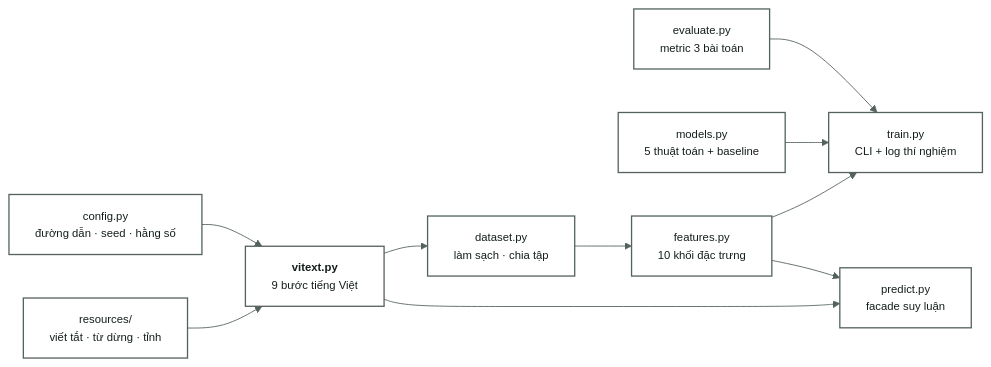
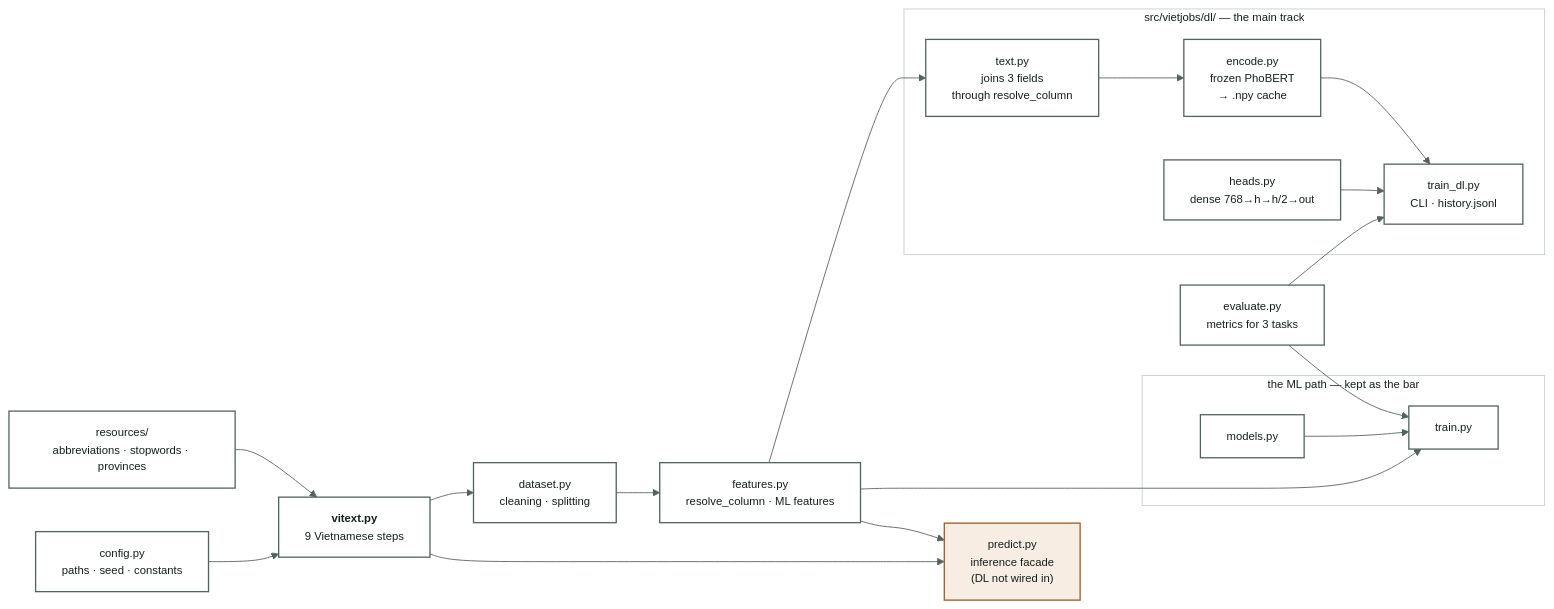
Before and after one commit to boy2407/vietjobs: the diagram in docs/08-ma-nguon.md, drawn with Mermaid. The commit also changed other lines of this file and 85 other files, not shown here.

````diff
--- a/docs/08-ma-nguon.md
+++ b/docs/08-ma-nguon.md
@@ -9,27 +11,42 @@
 ```mermaid
 %%{init:{'theme':'base','themeVariables':{
   'primaryColor':'#EFF3F1','primaryTextColor':'#141F1D','primaryBorderColor':'#54625E',
   'lineColor':'#54625E','fontSize':'13px','fontFamily':'Be Vietnam Pro, Segoe UI, sans-serif',
   'clusterBkg':'#FFFFFF','clusterBorder':'#C3CFCB','edgeLabelBackground':'#FFFFFF',
   'secondaryColor':'#FFFFFF','tertiaryColor':'#FFFFFF','mainBkg':'#FFFFFF',
   'nodeTextColor':'#141F1D','titleColor':'#141F1D'}}}%%
 flowchart LR
     classDef default fill:#FFFFFF,stroke:#54625E,stroke-width:1.5px,color:#141F1D
-    CFG["config.py<br/>đường dẫn · seed · hằng số"]
-    VT["<b>vitext.py</b><br/>9 bước tiếng Việt"]
-    DS["dataset.py<br/>làm sạch · chia tập"]
-    FT["features.py<br/>10 khối đặc trưng"]
-    MD["models.py<br/>5 thuật toán + baseline"]
-    EV["evaluate.py<br/>metric 3 bài toán"]
-    TR["train.py<br/>CLI + log thí nghiệm"]
-    PR["predict.py<br/>facade suy luận"]
-    RES["resources/<br/>viết tắt · từ dừng · tỉnh"]
+    CFG["config.py<br/>paths · seed · constants"]
+    VT["<b>vitext.py</b><br/>9 Vietnamese steps"]
+    DS["dataset.py<br/>cleaning · splitting"]
+    FT["features.py<br/>resolve_column · ML features"]
+    EV["evaluate.py<br/>metrics for 3 tasks"]
+    RES["resources/<br/>abbreviations · stopwords · provinces"]
+    subgraph DL["src/vietjobs/dl/ — the main track"]
+      TX["text.py<br/>joins 3 fields<br/>through resolve_column"]
+      EN["encode.py<br/>frozen PhoBERT<br/>→ .npy cache"]
+      HD["heads.py<br/>dense 768→h→h/2→out"]
+      TD["train_dl.py<br/>CLI · history.jsonl"]
+    end
+    subgraph ML["the ML path — kept as the bar"]
+      MD["models.py"]
+      TR["train.py"]
+    end
+    PR["predict.py<br/>inference facade<br/>(DL not wired in)"]
 
     RES --> VT
     CFG --> VT
-    VT --> DS --> FT --> TR
+    VT --> DS --> FT
+    FT --> TX --> EN --> TD
+    HD --> TD
+    EV --> TD
+    FT --> TR
     MD --> TR
     EV --> TR
     VT --> PR
     FT --> PR
+
+    classDef todo fill:#F8EDE2,stroke:#9E5C22,stroke-width:1.5px,color:#141F1D
+    class PR todo
 ```
````
